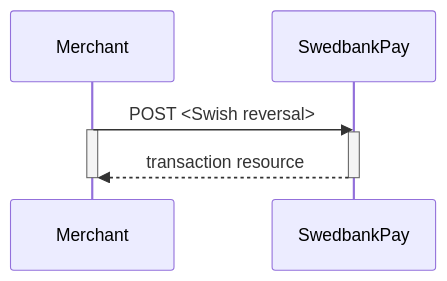
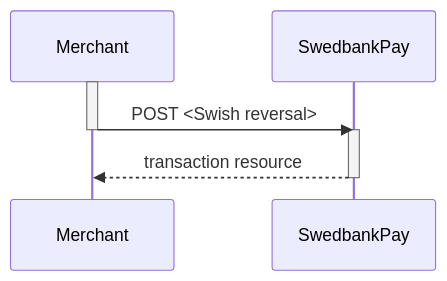
One commit to SwedbankPay/developer.swedbankpay.com changed the second of 2 diagrams in payments/swish/seamless-view.md. Above: the diagram before and after it, drawn with Mermaid. The commit also changed other lines of this file and 1 other file, not shown here.

Commit message:
DX-415 Fixed all sequence diagrams

````diff
--- a/payments/swish/seamless-view.md
+++ b/payments/swish/seamless-view.md
@@ -130,9 +129,7 @@
 ```mermaid
 sequenceDiagram
-  Merchant->>SwedbankPay: POST <Swish reversal>
   activate Merchant
+  Merchant->>-SwedbankPay: POST <Swish reversal>
   activate SwedbankPay
-  SwedbankPay-->>Merchant: transaction resource
-  deactivate SwedbankPay
-  deactivate Merchant
+  SwedbankPay-->>-Merchant: transaction resource
 ```
````
